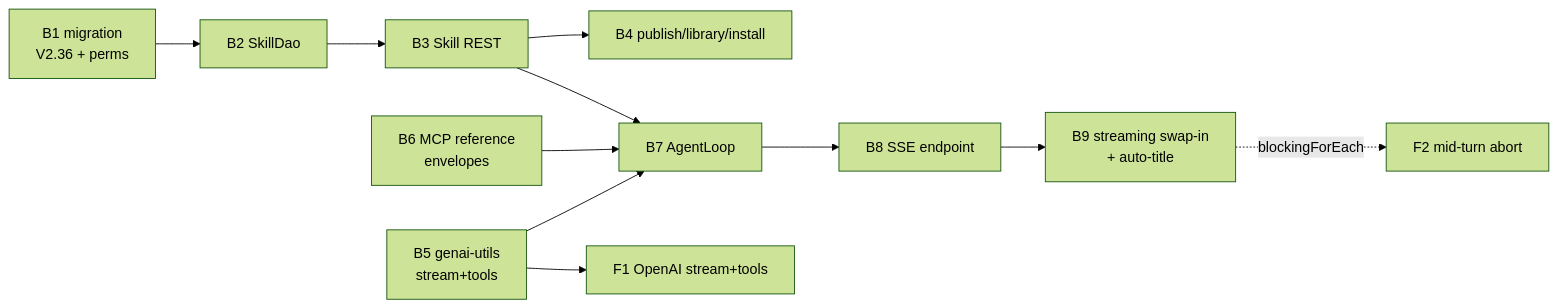
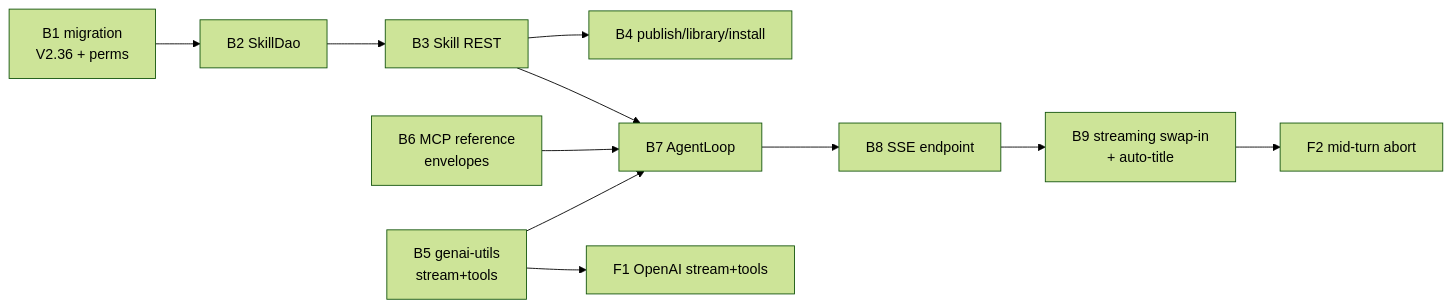
Before and after one commit to metaloom/metaloom: the diagram in spec/tasks/CHAT_TASKS.md, drawn with Mermaid (forest theme). The commit also changed other lines of this file and 123 other files, not shown here.

````diff
--- a/spec/tasks/CHAT_TASKS.md
+++ b/spec/tasks/CHAT_TASKS.md
@@ -50,9 +52,9 @@
 ```mermaid
 flowchart LR
   B1[B1 migration<br/>V2.36 + perms] --> B2[B2 SkillDao] --> B3[B3 Skill REST] --> B4[B4 publish/library/install]
   B5[B5 genai-utils<br/>stream+tools] --> B7[B7 AgentLoop]
   B6[B6 MCP reference<br/>envelopes] --> B7
   B3 --> B7 --> B8[B8 SSE endpoint] --> B9[B9 streaming swap-in<br/>+ auto-title]
   B5 --> F1[F1 OpenAI stream+tools]
-  B9 -. blockingForEach .-> F2[F2 mid-turn abort]
+  B9 --> F2[F2 mid-turn abort]
 ```
````
